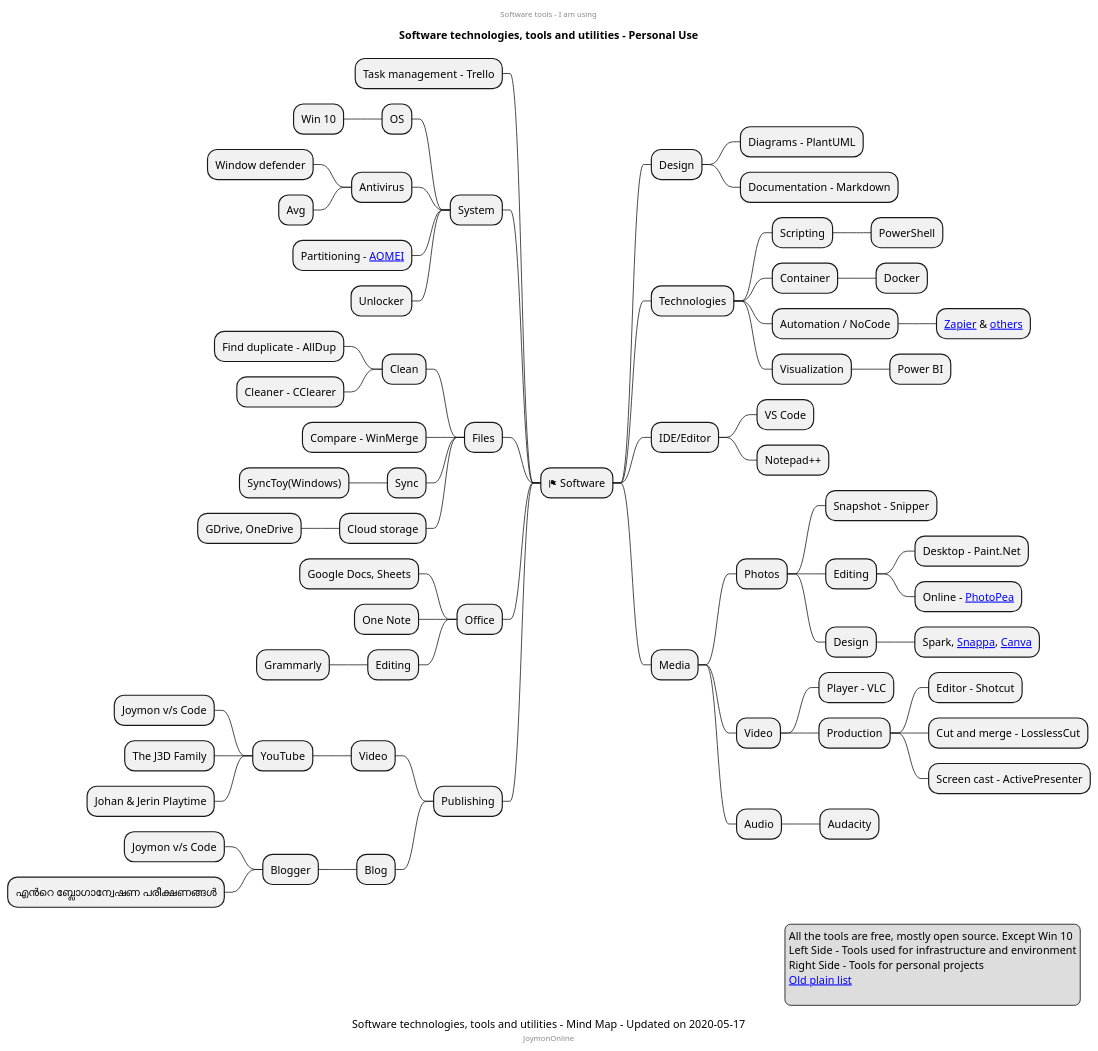
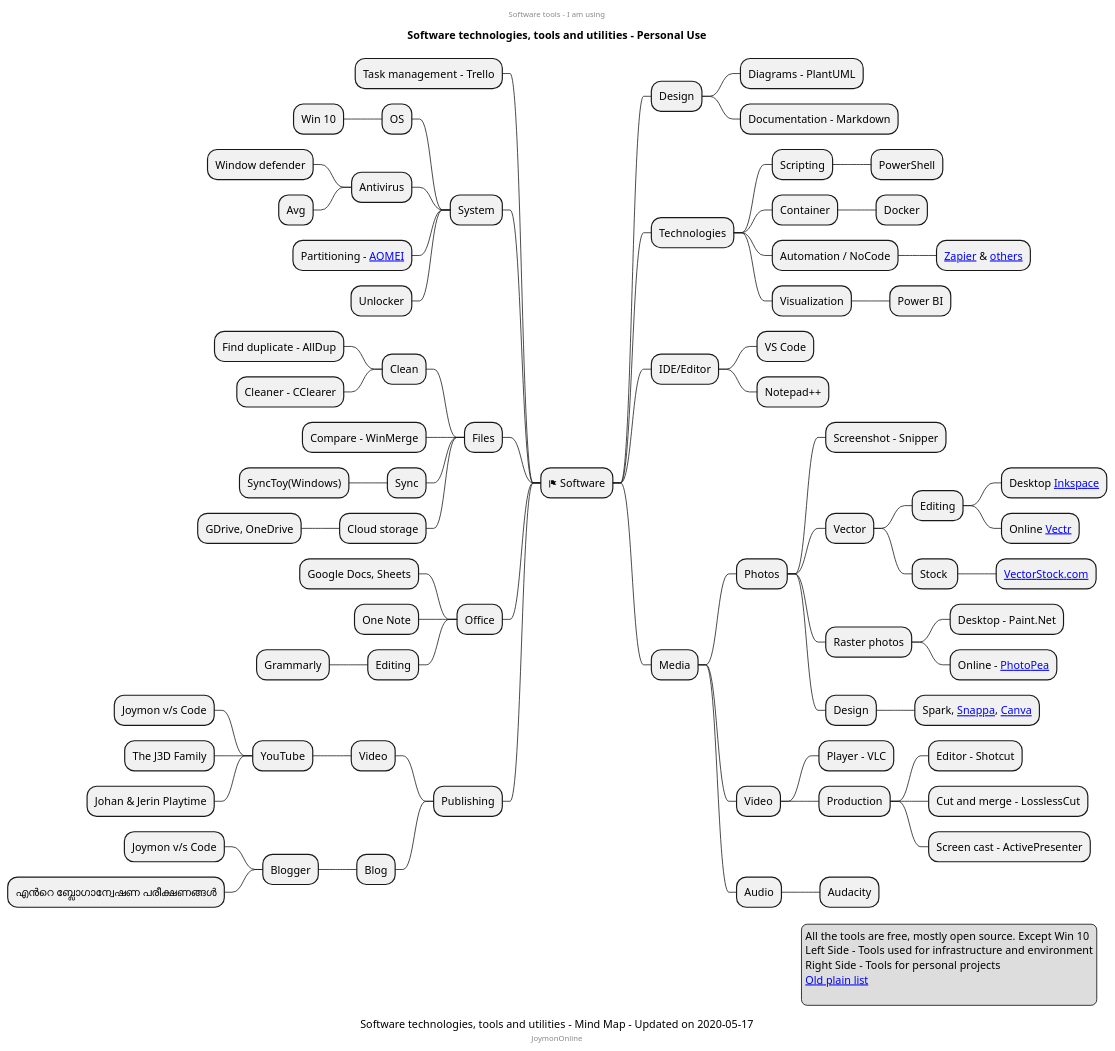
Before and after one commit to mind-maps/software: the diagram in software-tools/personal-tools.puml, drawn with PlantUML.

Commit message:
Inkspace added

```diff
--- a/software-tools/personal-tools.puml
+++ b/software-tools/personal-tools.puml
@@ -1,85 +1,91 @@
 @startmindmap
 center header
 Software tools - I am using
 endheader
 title Software technologies, tools and utilities - Personal Use
 caption Software technologies, tools and utilities - Mind Map - Updated on 2020-05-17
 center footer JoymonOnline
 * <&flag> Software
 ** Design
 *** Diagrams - PlantUML
 *** Documentation - Markdown
 ** Technologies
 *** Scripting
 **** PowerShell
 *** Container
 **** Docker
 *** Automation / NoCode
 **** [[https://zapier.com/home Zapier]] & [[https://gist.github.com/joymon/89aeb18bef588895426b46a54e2ba970 others]]
 *** Visualization
 **** Power BI
 ** IDE/Editor
 *** VS Code
 *** Notepad++
 
 ** Media
 *** Photos
-**** Snapshot - Snipper
-**** Editing
+**** Screenshot - Snipper
+**** Vector
+***** Editing
+****** Desktop [[https://inkscape.org/ Inkspace]]
+****** Online [[https://vectr.com/ Vectr]]
+***** Stock 
+****** [[https://www.vectorstock.com/ VectorStock.com]]
+**** Raster photos
 ***** Desktop - Paint.Net
 ***** Online - [[https://www.photopea.com/ PhotoPea]]
 **** Design
 ***** Spark, [[https://snappa.com/ Snappa]], [[https://www.canva.com/ Canva]]
 *** Video
 **** Player - VLC
 **** Production
 ***** Editor - Shotcut
 ***** Cut and merge - LosslessCut
 ***** Screen cast - ActivePresenter
 *** Audio
 **** Audacity
 
 left side
 ** Task management - Trello
 ** System
 *** OS
 **** Win 10
 *** Antivirus
 **** Window defender
 **** Avg
 *** Partitioning - [[https://www.diskpart.com/free-partition-manager.html AOMEI]]
 *** Unlocker
 ** Files
 *** Clean
 **** Find duplicate - AllDup
 **** Cleaner - CClearer
 *** Compare - WinMerge
 *** Sync
 **** SyncToy(Windows)
 *** Cloud storage
 **** GDrive, OneDrive
 ** Office
 *** Google Docs, Sheets
 *** One Note
 *** Editing
 **** Grammarly
 ** Publishing
 *** Video
 **** YouTube
 ***** Joymon v/s Code
 ***** The J3D Family
 ***** Johan & Jerin Playtime
 *** Blog
 **** Blogger
 ***** Joymon v/s Code
 ***** എന്‍റെ ബ്ലോഗാന്വേഷണ പരീക്ഷണങ്ങള്‍
 
 legend right
 All the tools are free, mostly open source. Except Win 10
 Left Side - Tools used for infrastructure and environment
 Right Side - Tools for personal projects
 [[https://joymonscode.blogspot.com/2017/05/toolbox-for-open-source-developers.html Old plain list]]
   
 endlegend
 
 @endmindmap
```
